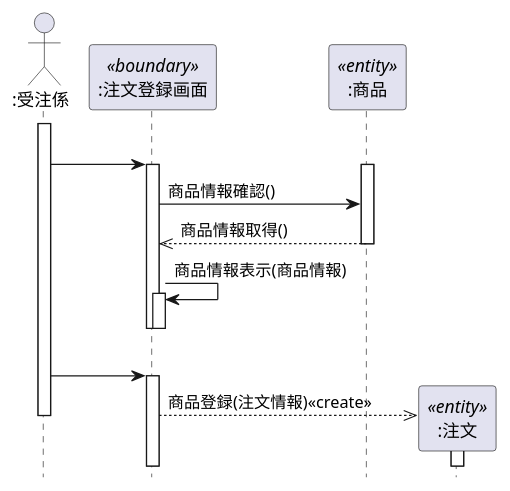
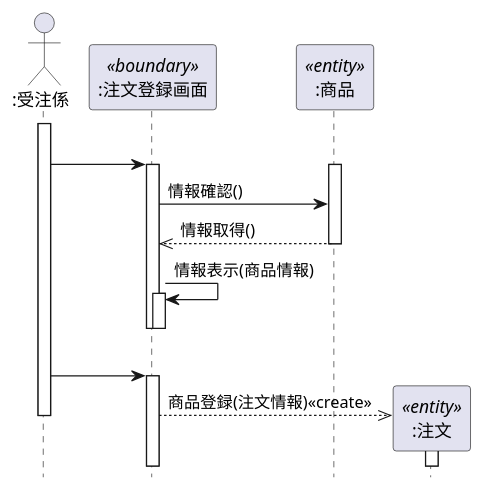
Before and after one commit to kou-hei/uml-introduction: the diagram in 演習ファイル/演習4-4_SD_商品注文.pu, drawn with PlantUML.

```diff
--- a/演習ファイル/演習4-4_SD_商品注文.pu
+++ b/演習ファイル/演習4-4_SD_商品注文.pu
@@ -1,28 +1,28 @@
 @startuml 商品注文
 hide footbox
 actor ":受注係" as a
 participant ":注文登録画面" as boundary <<boundary>>
 participant ":商品" as entity <<entity>>
 activate a
 
     alt 登録
         a -> boundary
         activate entity
         activate boundary
-        boundary -> entity:商品情報確認()
-        boundary <<-- entity:商品情報取得()
+        boundary -> entity:情報確認()
+        boundary <<-- entity:情報取得()
         deactivate entity
-        boundary -> boundary:商品情報表示(商品情報)
+        boundary -> boundary:情報表示(商品情報)
             activate boundary
             deactivate boundary
         deactivate boundary
     else 注文
         a -> boundary
         activate boundary
             create ":注文" as tyu <<entity>>
             boundary -->> tyu:商品登録(注文情報)<<create>>
             activate tyu
             deactivate tyu
 deactivate a                
 
 @enduml
```
